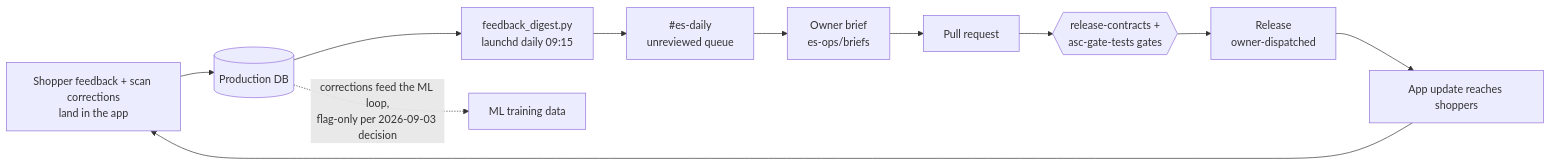
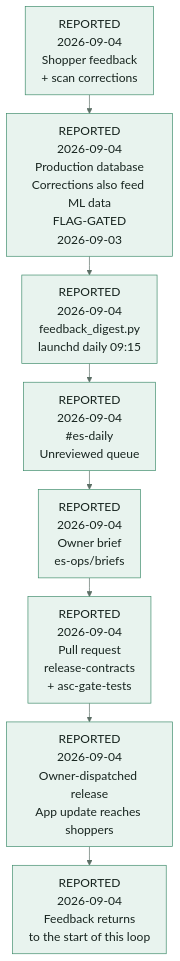
Before and after one commit to LawrenceHua/es-internship-hub: the diagram in assets/diagrams/feedback-loop.mmd, drawn with Mermaid. The commit also changed 44 other files, not shown here.

Commit message:
Class-ready hub: P0/P1 fixes, business-loop diagram, release-state refresh (#36)

```diff
--- a/assets/diagrams/feedback-loop.mmd
+++ b/assets/diagrams/feedback-loop.mmd
@@ -1,11 +1,11 @@
-flowchart LR
-  A["Shopper feedback + scan corrections<br/>land in the app"] --> DB[("Production DB")]
-  DB --> DIG["feedback_digest.py<br/>launchd daily 09:15"]
-  DIG --> SLK["#es-daily<br/>unreviewed queue"]
-  SLK --> BRF["Owner brief<br/>es-ops/briefs"]
-  BRF --> PR["Pull request"]
-  PR --> CI{{"release-contracts +<br/>asc-gate-tests gates"}}
-  CI --> RLS["Release<br/>owner-dispatched"]
-  RLS --> APP["App update reaches shoppers"]
-  APP --> A
-  DB -. "corrections feed the ML loop,<br/>flag-only per 2026-09-03 decision" .-> MLX["ML training data"]
+flowchart TB
+%%{init: {"theme":"base","themeVariables":{"fontFamily":"Arial","fontSize":"18px","primaryColor":"#e8f3ee","primaryTextColor":"#17241f","primaryBorderColor":"#3d8b6a","lineColor":"#5c6f66"},"flowchart":{"htmlLabels":false,"curve":"linear","nodeSpacing":16,"rankSpacing":28,"padding":12}}}%%
+A["REPORTED<br/>2026-09-04<br/>Shopper feedback<br/>+ scan corrections"]
+  DB["REPORTED<br/>2026-09-04<br/>Production database<br/>Corrections also feed ML data<br/>FLAG-GATED<br/>2026-09-03"]
+  DIG["REPORTED<br/>2026-09-04<br/>feedback_digest.py<br/>launchd daily 09:15"]
+  SLK["REPORTED<br/>2026-09-04<br/>#es-daily<br/>Unreviewed queue"]
+  BRF["REPORTED<br/>2026-09-04<br/>Owner brief<br/>es-ops/briefs"]
+  PR["REPORTED<br/>2026-09-04<br/>Pull request<br/>release-contracts<br/>+ asc-gate-tests"]
+  RLS["REPORTED<br/>2026-09-04<br/>Owner-dispatched release<br/>App update reaches shoppers"]
+  LOOP["REPORTED<br/>2026-09-04<br/>Feedback returns<br/>to the start of this loop"]
+  A --> DB --> DIG --> SLK --> BRF --> PR --> RLS --> LOOP
```
